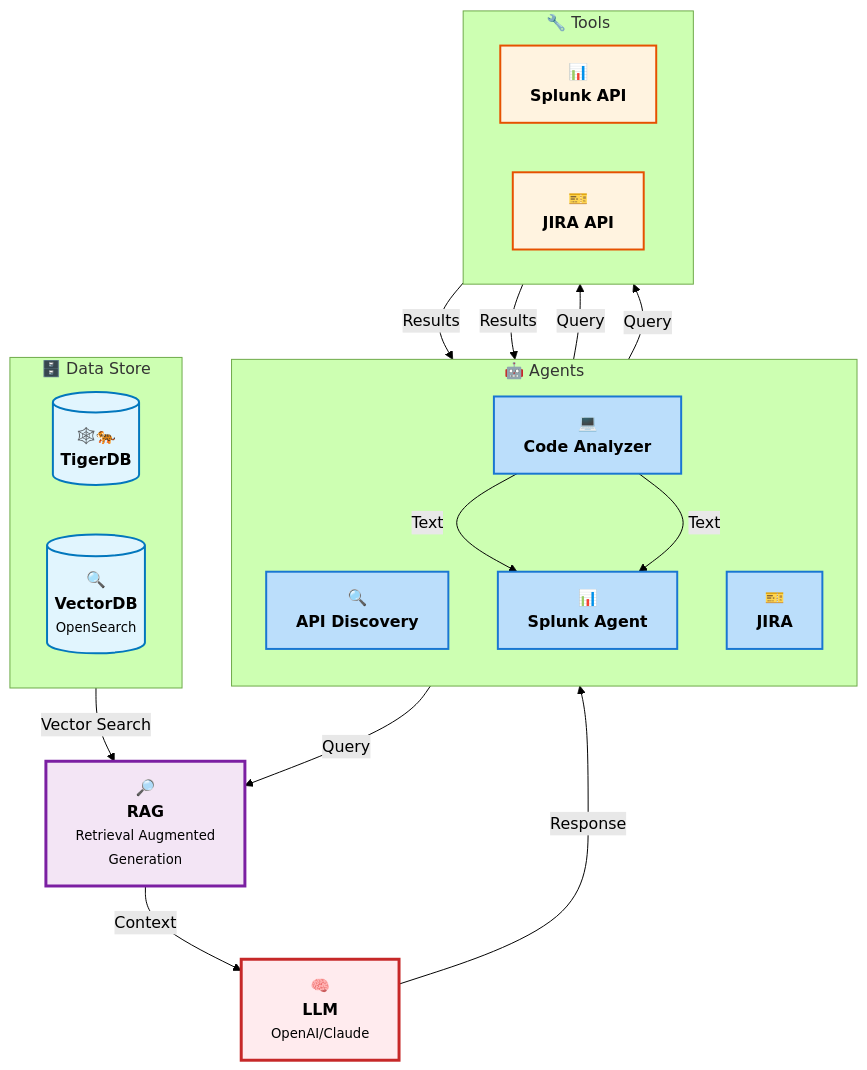
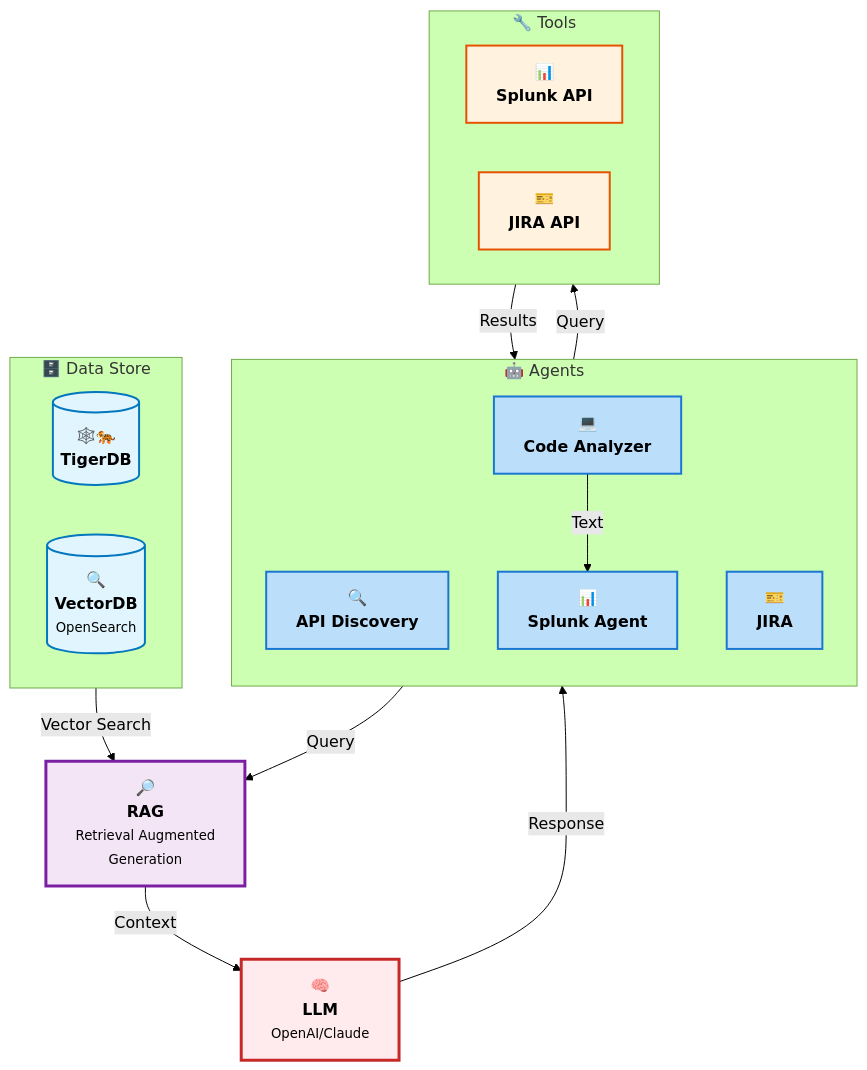
The first of 2 diagrams in etl_pipelines/README.md (magzine-ai/enterprise-chat-ui), drawn with Mermaid (forest theme) before and after one commit.

Commit message:
Remove duplicate connections in simple architecture diagram

````diff
--- a/etl_pipelines/README.md
+++ b/etl_pipelines/README.md
@@ -59,58 +59,53 @@
 ```mermaid
 flowchart TB
     %% Agents Container
     subgraph Agents["🤖 Agents"]
         direction TB
         APIDiscovery[🔍<br/><b>API Discovery</b>]
         SplunkAgent[📊<br/><b>Splunk Agent</b>]
         CodeAnalyzer[💻<br/><b>Code Analyzer</b>]
         JIRAAgent[🎫<br/><b>JIRA</b>]
     end
     
     %% Data Store Container
     subgraph DataStore["🗄️ Data Store"]
         direction LR
         TigerDB[(🕸️🐅<br/><b>TigerDB</b>)]
         VectorDB[(🔍<br/><b>VectorDB</b><br/><small>OpenSearch</small>)]
     end
     
     %% Tools Container
     subgraph Tools["🔧 Tools"]
         direction LR
         SplunkAPITool[📊<br/><b>Splunk API</b>]
         JIRATool[🎫<br/><b>JIRA API</b>]
     end
-    
-    %% Tool Connections
-    SplunkAgent -->|Query| SplunkAPITool
-    SplunkAPITool -->|Results| CodeAnalyzer
-    CodeAnalyzer -->|Text| SplunkAgent
     
     %% RAG Component
     RAG[🔎<br/><b>RAG</b><br/><small>Retrieval Augmented<br/>Generation</small>]
     
     %% LLM Component
     LLM[🧠<br/><b>LLM</b><br/><small>OpenAI/Claude</small>]
     
     %% Connections
     VectorDB -->|Vector Search| RAG
     SplunkAgent -->|Query| RAG
     RAG -->|Context| LLM
     LLM -->|Response| SplunkAgent
     SplunkAgent -->|Query| SplunkAPITool
     SplunkAPITool -->|Results| CodeAnalyzer
     CodeAnalyzer -->|Text| SplunkAgent
     
     %% Styling
     classDef agentStyle fill:#BBDEFB,stroke:#1976D2,stroke-width:2px,color:#000
     classDef dataStoreStyle fill:#E1F5FE,stroke:#0277BD,stroke-width:2px,color:#000
     classDef toolStyle fill:#FFF3E0,stroke:#E65100,stroke-width:2px,color:#000
     classDef ragStyle fill:#F3E5F5,stroke:#7B1FA2,stroke-width:3px,color:#000
     classDef llmStyle fill:#FFEBEE,stroke:#C62828,stroke-width:3px,color:#000
     
     class APIDiscovery,SplunkAgent,CodeAnalyzer,JIRAAgent agentStyle
     class TigerDB,VectorDB dataStoreStyle
     class SplunkAPITool,JIRATool toolStyle
     class RAG ragStyle
     class LLM llmStyle
 ```
````
